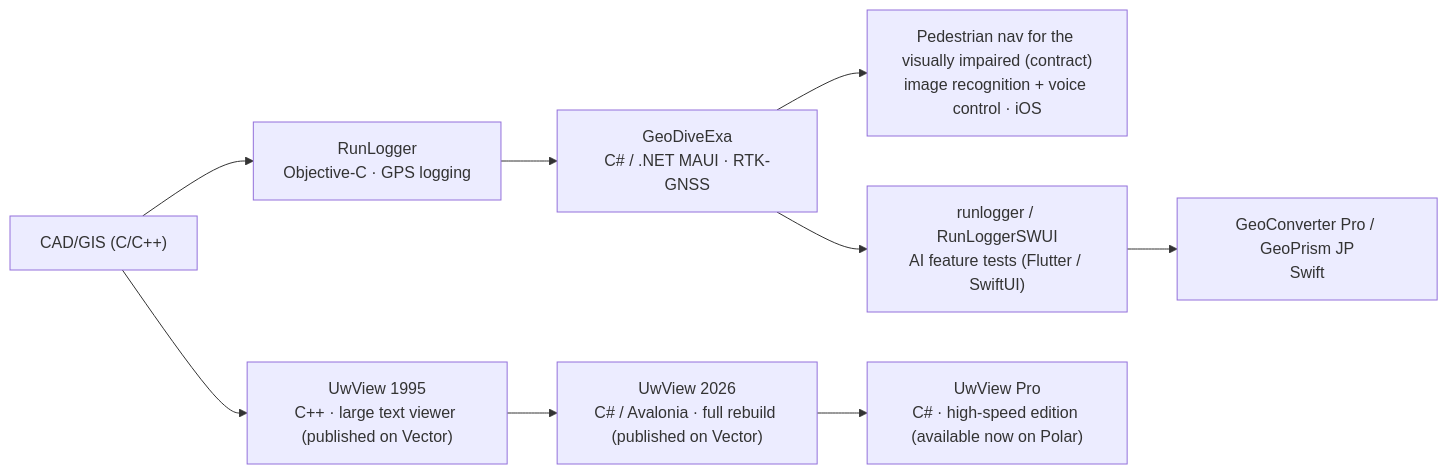
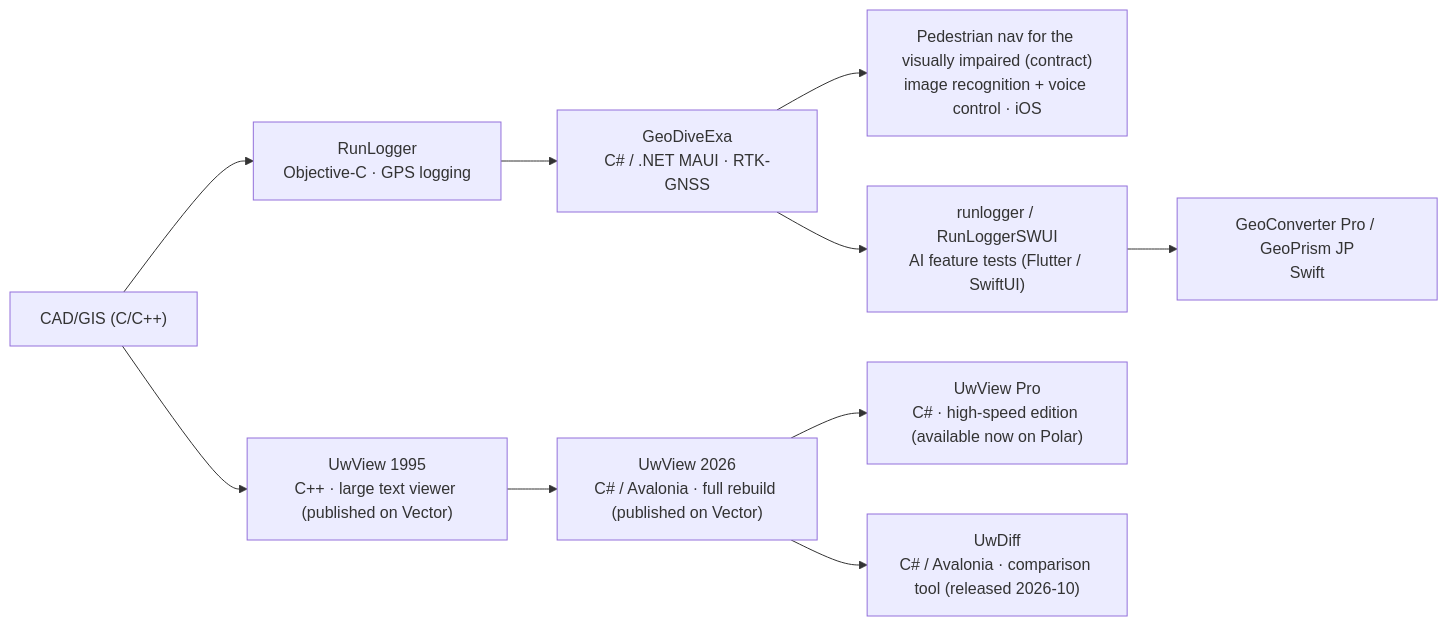
The diagram in README.en.md (amru195704/amru195704), drawn with Mermaid before and after one commit. The commit also changed other lines of this file and 1 other file, not shown here.

````diff
--- a/README.en.md
+++ b/README.en.md
@@ -96,11 +112,12 @@
 ```mermaid
 flowchart LR
     CADGIS["CAD/GIS (C/C++)"] --> RL["RunLogger<br/>Objective-C · GPS logging"]
     CADGIS --> UW1995
     RL --> GDE["GeoDiveExa<br/>C# / .NET MAUI · RTK-GNSS"]
     GDE --> NAVI["Pedestrian nav for the visually impaired (contract)<br/>image recognition + voice control · iOS"]
     GDE --> TEST["runlogger / RunLoggerSWUI<br/>AI feature tests (Flutter / SwiftUI)"]
     TEST --> SWIFT["GeoConverter Pro / GeoPrism JP<br/>Swift"]
     UW1995["UwView 1995<br/>C++ · large text viewer (published on Vector)"] --> UW2026["UwView 2026<br/>C# / Avalonia · full rebuild (published on Vector)"]
     UW2026 --> UWPRO["UwView Pro<br/>C# · high-speed edition (available now on Polar)"]
+    UW2026 --> UVD["UwDiff<br/>C# / Avalonia · comparison tool (released 2026-10)"]
 ```
````
